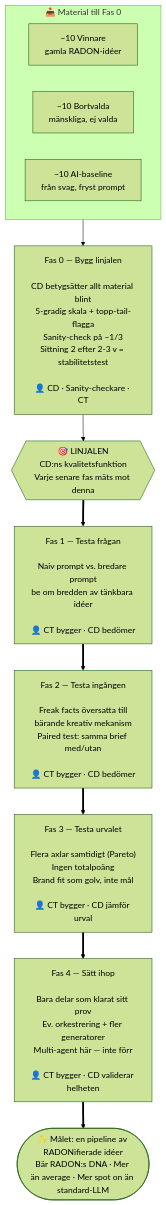
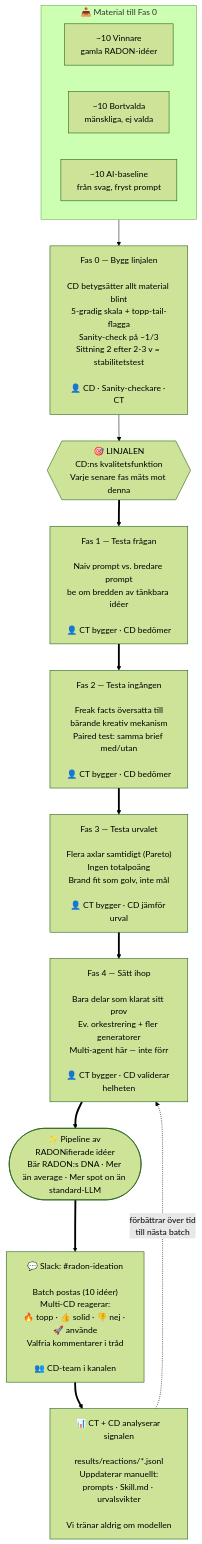
One commit to niklazhallberg/creative-ideas-agent-workflow changed the diagram in README.md. Above: the diagram before and after it, drawn with Mermaid (forest theme). The commit also changed other lines of this file and 5 other files, not shown here.

````diff
--- a/README.md
+++ b/README.md
@@ -208,25 +208,32 @@
 ```mermaid
 flowchart TB
     subgraph SETUP[" 📥 Material till Fas 0 "]
         direction LR
         W["~10 Vinnare<br/>gamla RADON-idéer"]
         D["~10 Bortvalda<br/>mänskliga, ej valda"]
         AI0["~10 AI-baseline<br/>från svag, fryst prompt"]
     end
 
     F0["Fas 0 — Bygg linjalen<br/><br/>CD betygsätter allt material blint<br/>5-gradig skala + topp-tail-flagga<br/>Sanity-check på ~1/3<br/>Sittning 2 efter 2-3 v = stabilitetstest<br/><br/>👤 CD · Sanity-checkare · CT"]
 
     L{{"🎯 LINJALEN<br/>CD:ns kvalitetsfunktion<br/>Varje senare fas mäts mot denna"}}
 
     F1["Fas 1 — Testa frågan<br/><br/>Naiv prompt vs. bredare prompt<br/>be om bredden av tänkbara idéer<br/><br/>👤 CT bygger · CD bedömer"]
 
     F2["Fas 2 — Testa ingången<br/><br/>Freak facts översatta till<br/>bärande kreativ mekanism<br/>Paired test: samma brief med/utan<br/><br/>👤 CT bygger · CD bedömer"]
 
     F3["Fas 3 — Testa urvalet<br/><br/>Flera axlar samtidigt (Pareto)<br/>Ingen totalpoäng<br/>Brand fit som golv, inte mål<br/><br/>👤 CT bygger · CD jämför urval"]
 
     F4["Fas 4 — Sätt ihop<br/><br/>Bara delar som klarat sitt prov<br/>Ev. orkestrering + fler generatorer<br/>Multi-agent här — inte förr<br/><br/>👤 CT bygger · CD validerar helheten"]
 
-    GOAL(["✨ Målet: en pipeline av RADONifierade idéer<br/>Bär RADON:s DNA · Mer än average · Mer spot on än standard-LLM"])
+    GOAL(["✨ Pipeline av RADONifierade idéer<br/>Bär RADON:s DNA · Mer än average · Mer spot on än standard-LLM"])
 
-    SETUP --> F0 --> L ==> F1 ==> F2 ==> F3 ==> F4 ==> GOAL
+    SLACK["💬 Slack: #radon-ideation<br/><br/>Batch postas (10 idéer)<br/>Multi-CD reagerar:<br/>🔥 topp · 👍 solid · 👎 nej · 🚀 använde<br/>Valfria kommentarer i tråd<br/><br/>👥 CD-team i kanalen"]
+
+    LEARN["📊 CT + CD analyserar signalen<br/><br/>results/reactions/*.jsonl<br/>Uppdaterar manuellt:<br/>prompts · Skill.md · urvalsvikter<br/><br/>Vi tränar aldrig om modellen"]
+
+    SETUP --> F0 --> L
+    L ==> F1 ==> F2 ==> F3 ==> F4 ==> GOAL
+    GOAL ==> SLACK ==> LEARN
+    LEARN -. förbättrar över tid<br/>till nästa batch .-> F4
 ```
````
